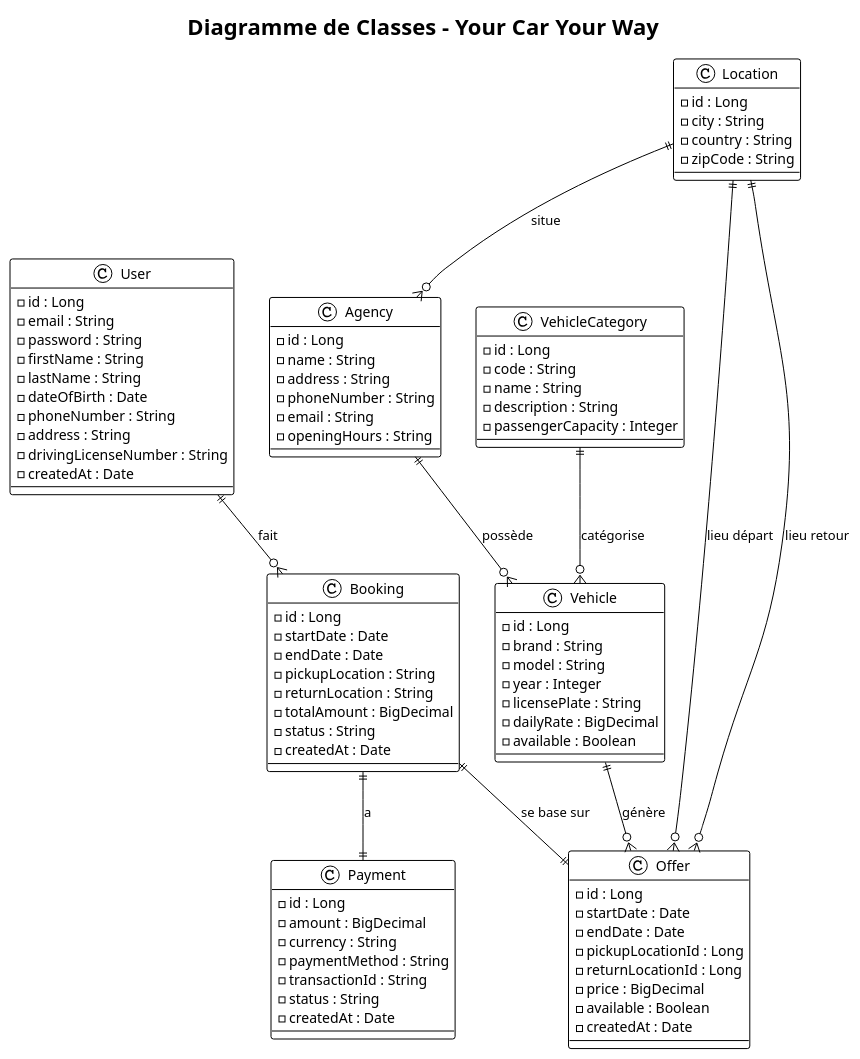
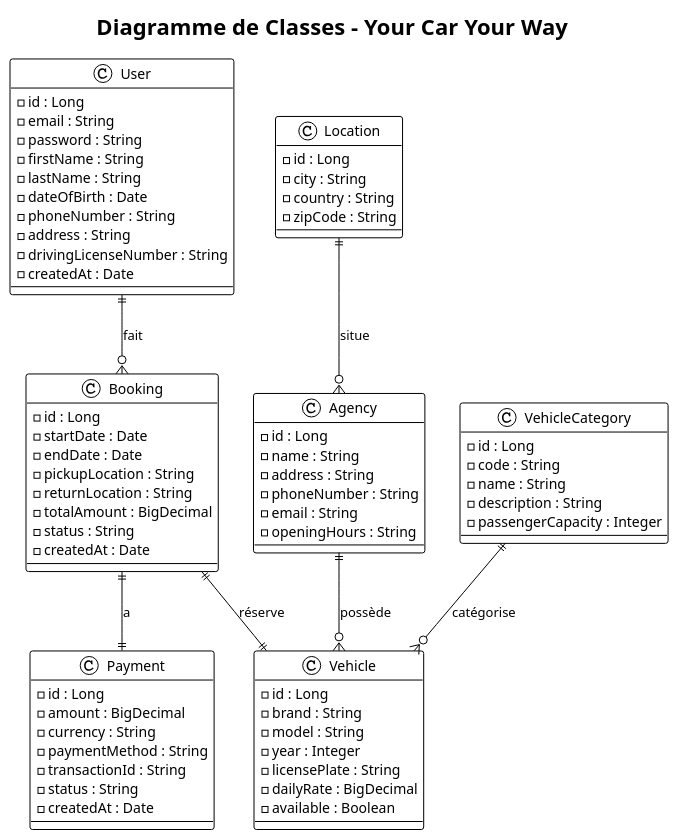
One commit to AnhVaccari/yourCaryourWay-chat-PoC changed the diagram in backend/diagramme_classe.puml. Above: the diagram before and after it, drawn with PlantUML. The commit also changed 1 other file, not shown here.

```diff
--- a/backend/diagramme_classe.puml
+++ b/backend/diagramme_classe.puml
@@ -1,99 +1,83 @@
 @startuml
 !theme plain
 title Diagramme de Classes - Your Car Your Way 
 
 class User {
   - id : Long
   - email : String
   - password : String
   - firstName : String
   - lastName : String
   - dateOfBirth : Date
   - phoneNumber : String
   - address : String
   - drivingLicenseNumber : String
   - createdAt : Date
 }
 
 class Vehicle {
   - id : Long
   - brand : String
   - model : String
   - year : Integer
   - licensePlate : String
   - dailyRate : BigDecimal
   - available : Boolean
 }
 
 class Booking {
   - id : Long
   - startDate : Date
   - endDate : Date
   - pickupLocation : String
   - returnLocation : String
   - totalAmount : BigDecimal
   - status : String
   - createdAt : Date
 }
 
 class Payment {
   - id : Long
   - amount : BigDecimal
   - currency : String
   - paymentMethod : String
   - transactionId : String
   - status : String
   - createdAt : Date
 }
 
 class Agency {
   - id : Long
   - name : String
   - address : String
   - phoneNumber : String
   - email : String
   - openingHours : String
 }
 
 class VehicleCategory {
   - id : Long
   - code : String
   - name : String
   - description : String
   - passengerCapacity : Integer
 }
 
 class Location {
   - id : Long
   - city : String
   - country : String
   - zipCode : String
 }
 
-class Offer {
-  - id : Long
-  - startDate : Date
-  - endDate : Date
-  - pickupLocationId : Long
-  - returnLocationId : Long
-  - price : BigDecimal
-  - available : Boolean
-  - createdAt : Date
-}
-
 ' Relations principales
 User ||--o{ Booking : "fait"
 Booking ||--|| Payment : "a"
-Booking ||--|| Offer : "se base sur"
+Booking ||--|| Vehicle : "réserve"
 
 ' Relations véhicules et agences
 Agency ||--o{ Vehicle : "possède"
 VehicleCategory ||--o{ Vehicle : "catégorise"
 Location ||--o{ Agency : "situe"
 
-' Relations offres
-Vehicle ||--o{ Offer : "génère"
-Location ||--o{ Offer : "lieu départ"
-Location ||--o{ Offer : "lieu retour"
-
 @enduml
```
